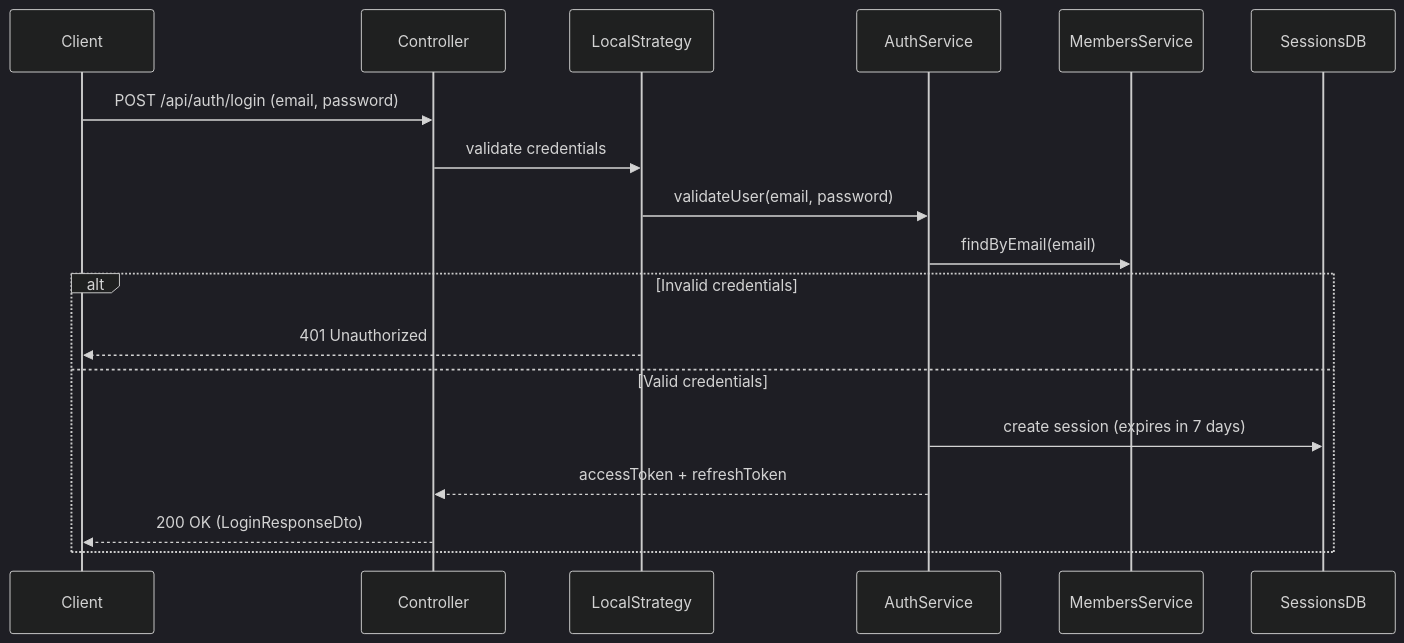
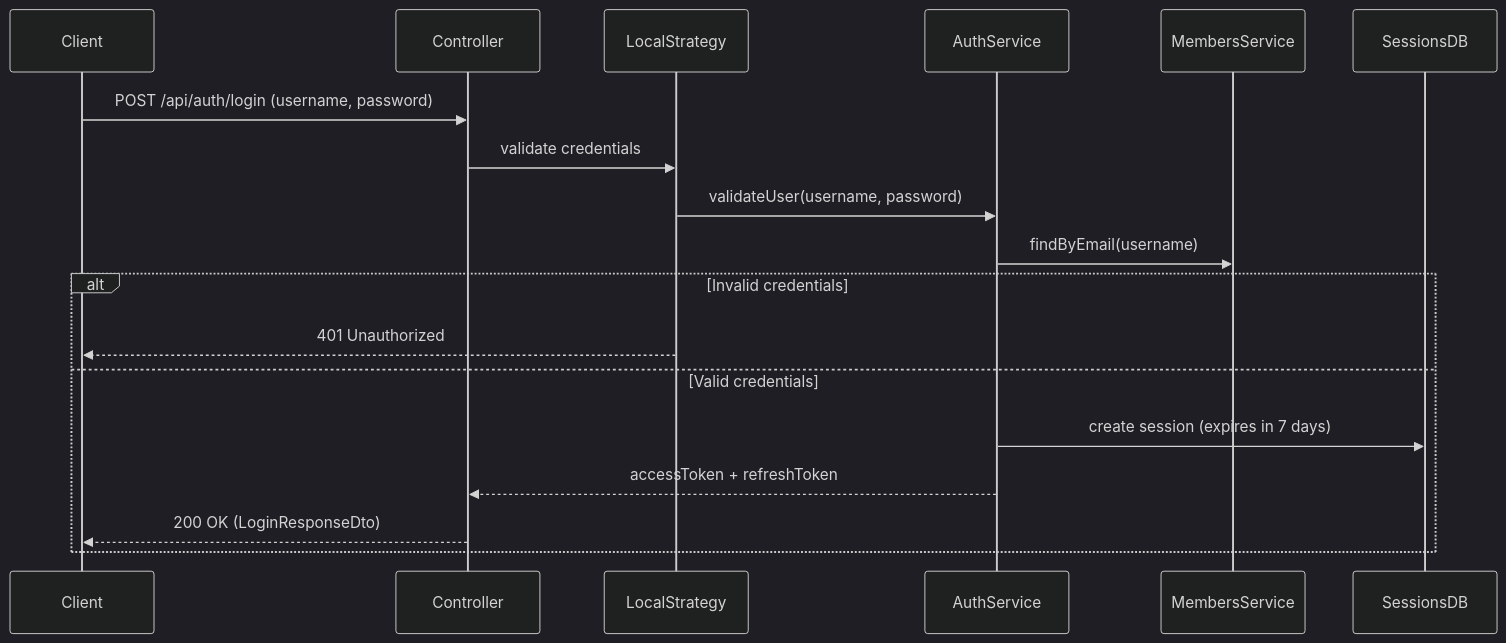
One commit to ivan-shalimov/community changed the first of 4 diagrams in community-web-api/src/modules/auth/readme.md. Above: the diagram before and after it, drawn with Mermaid (dark theme). The commit also changed other lines of this file and 7 other files, not shown here.

````diff
--- a/community-web-api/src/modules/auth/readme.md
+++ b/community-web-api/src/modules/auth/readme.md
@@ -59,22 +67,22 @@
 ```mermaid
 sequenceDiagram
 	participant Client
 	participant Controller
 	participant LocalStrategy
 	participant AuthService
 	participant MembersService
 	participant SessionsDB
 
-	Client->>Controller: POST /api/auth/login (email, password)
+	Client->>Controller: POST /api/auth/login (username, password)
 	Controller->>LocalStrategy: validate credentials
-	LocalStrategy->>AuthService: validateUser(email, password)
-	AuthService->>MembersService: findByEmail(email)
+	LocalStrategy->>AuthService: validateUser(username, password)
+	AuthService->>MembersService: findByEmail(username)
 
 	alt Invalid credentials
 		LocalStrategy-->>Client: 401 Unauthorized
 	else Valid credentials
 		AuthService->>SessionsDB: create session (expires in 7 days)
 		AuthService-->>Controller: accessToken + refreshToken
 		Controller-->>Client: 200 OK (LoginResponseDto)
 	end
 ```
````
